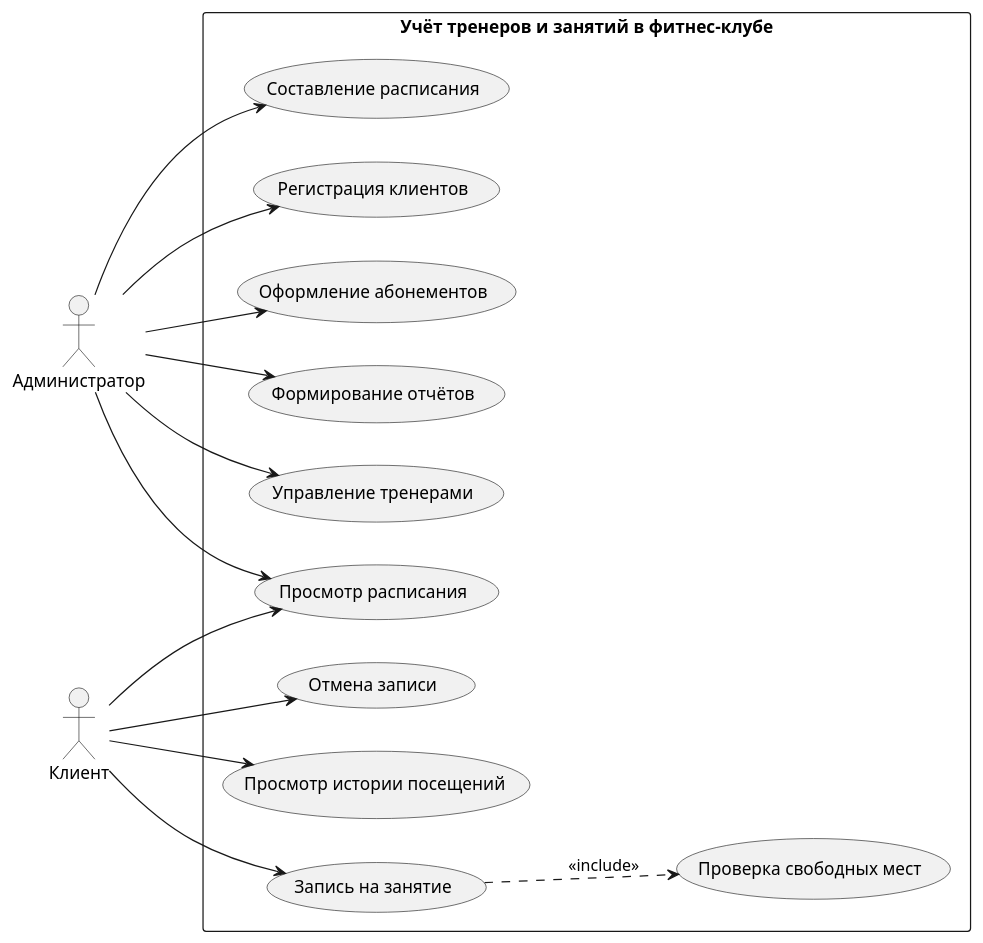
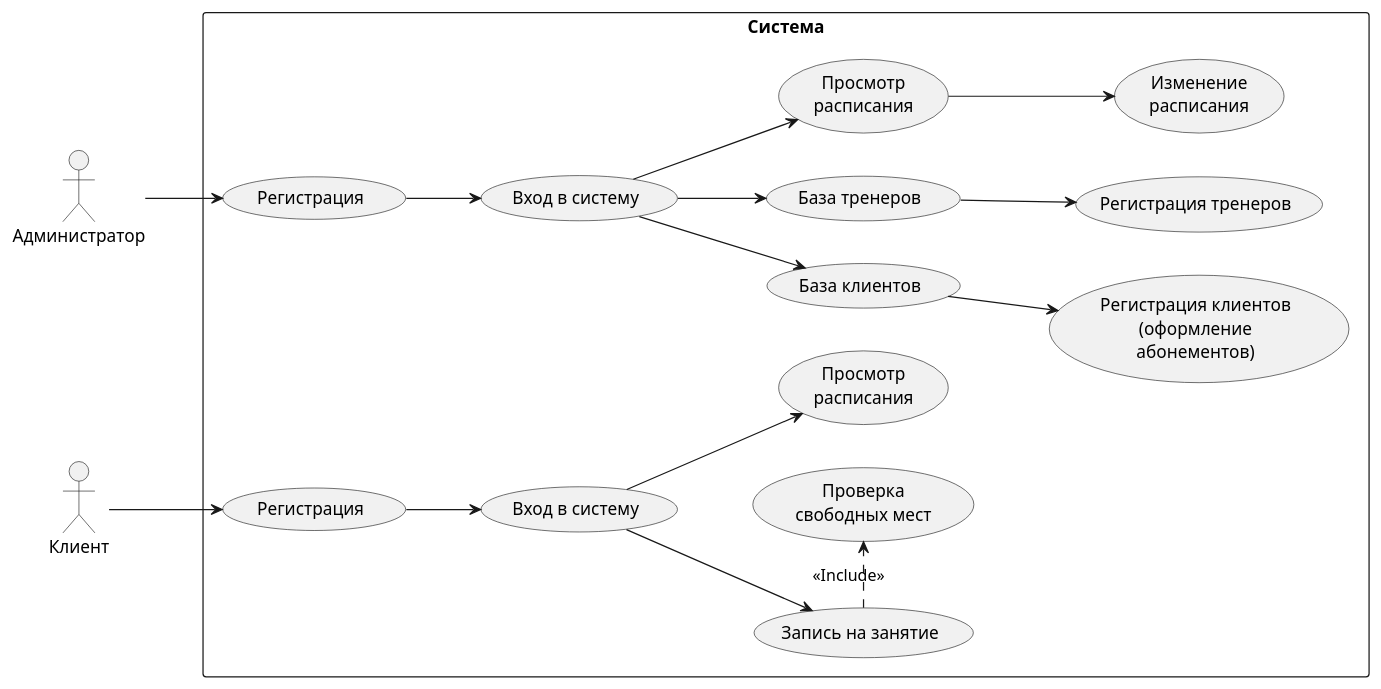
One commit to ALEX-FERZ/GitExample1 changed the diagram in docs/diagrams/usecase.puml. Above: the diagram before and after it, drawn with PlantUML. The commit also changed 1 other file, not shown here.

Commit message:
Поменял диаграмму Usecase

```diff
--- a/docs/diagrams/usecase.puml
+++ b/docs/diagrams/usecase.puml
@@ -1,38 +1,47 @@
-@startuml usecase
+@startuml Usecase
 left to right direction
 skinparam packageStyle rectangle
 
-actor "Администратор" as Admin
-actor "Клиент" as Client
+actor "Администратор" as admin
+actor "Клиент" as client
 
-rectangle "Учёт тренеров и занятий в фитнес-клубе" {
-    usecase "Просмотр расписания" as UC_Schedule
-
-    usecase "Запись на занятие" as UC_Book
-    usecase "Отмена записи" as UC_CancelBooking
-    usecase "Просмотр истории посещений" as UC_History
-
-    usecase "Управление тренерами" as UC_Trainers
-    usecase "Составление расписания" as UC_MakeSchedule
-    usecase "Регистрация клиентов" as UC_RegClient
-    usecase "Оформление абонементов" as UC_Membership
-    usecase "Формирование отчётов" as UC_Reports
-
-    usecase "Проверка свободных мест" as UC_CheckSlots
+rectangle "Система" {
+    ' Прецеденты для Администратора
+    usecase "Регистрация" as reg_admin
+    usecase "Вход в систему" as login_admin
+    usecase "База клиентов" as db_clients
+    usecase "База тренеров" as db_trainers
+    usecase "Просмотр\nрасписания" as view_schedule_admin
+    
+    usecase "Регистрация клиентов\n(оформление\nабонементов)" as reg_clients
+    usecase "Регистрация тренеров" as reg_trainers
+    usecase "Изменение\nрасписания" as edit_schedule
+    
+    ' Прецеденты для Клиента
+    usecase "Регистрация" as reg_client
+    usecase "Вход в систему" as login_client
+    usecase "Просмотр\nрасписания" as view_schedule_client
+    usecase "Запись на занятие" as book_lesson
+    usecase "Проверка\nсвободных мест" as check_places
 }
 
-Admin --> UC_Schedule
-Client --> UC_Schedule
+' Связи для Администратора
+admin --> reg_admin
+reg_admin --> login_admin
+login_admin --> db_clients
+login_admin --> db_trainers
+login_admin --> view_schedule_admin
 
-Client --> UC_Book
-Client --> UC_CancelBooking
-Client --> UC_History
+db_clients --> reg_clients
+db_trainers --> reg_trainers
+view_schedule_admin --> edit_schedule
 
-Admin --> UC_Trainers
-Admin --> UC_MakeSchedule
-Admin --> UC_RegClient
-Admin --> UC_Membership
-Admin --> UC_Reports
+' Связи для Клиента
+client --> reg_client
+reg_client --> login_client
+login_client --> view_schedule_client
+login_client --> book_lesson
 
-UC_Book ..> UC_CheckSlots : <<include>>
+book_lesson .> check_places : <<Include>>
+
 @enduml
```
